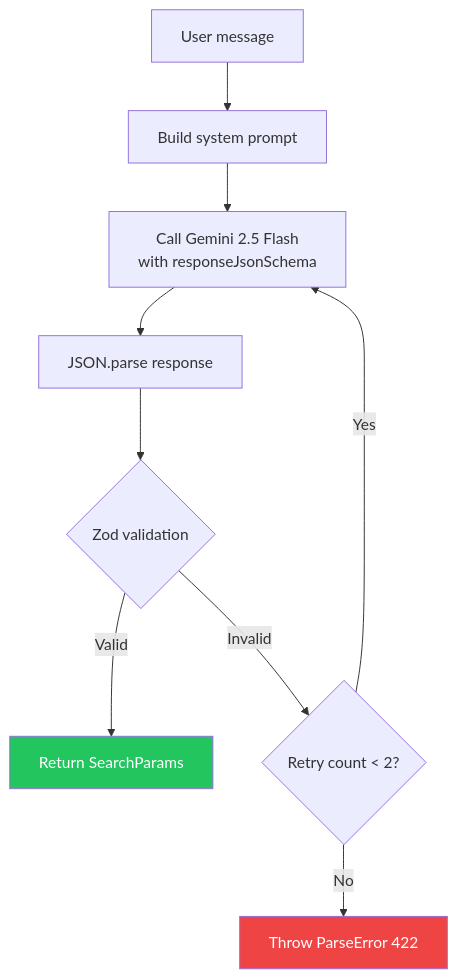
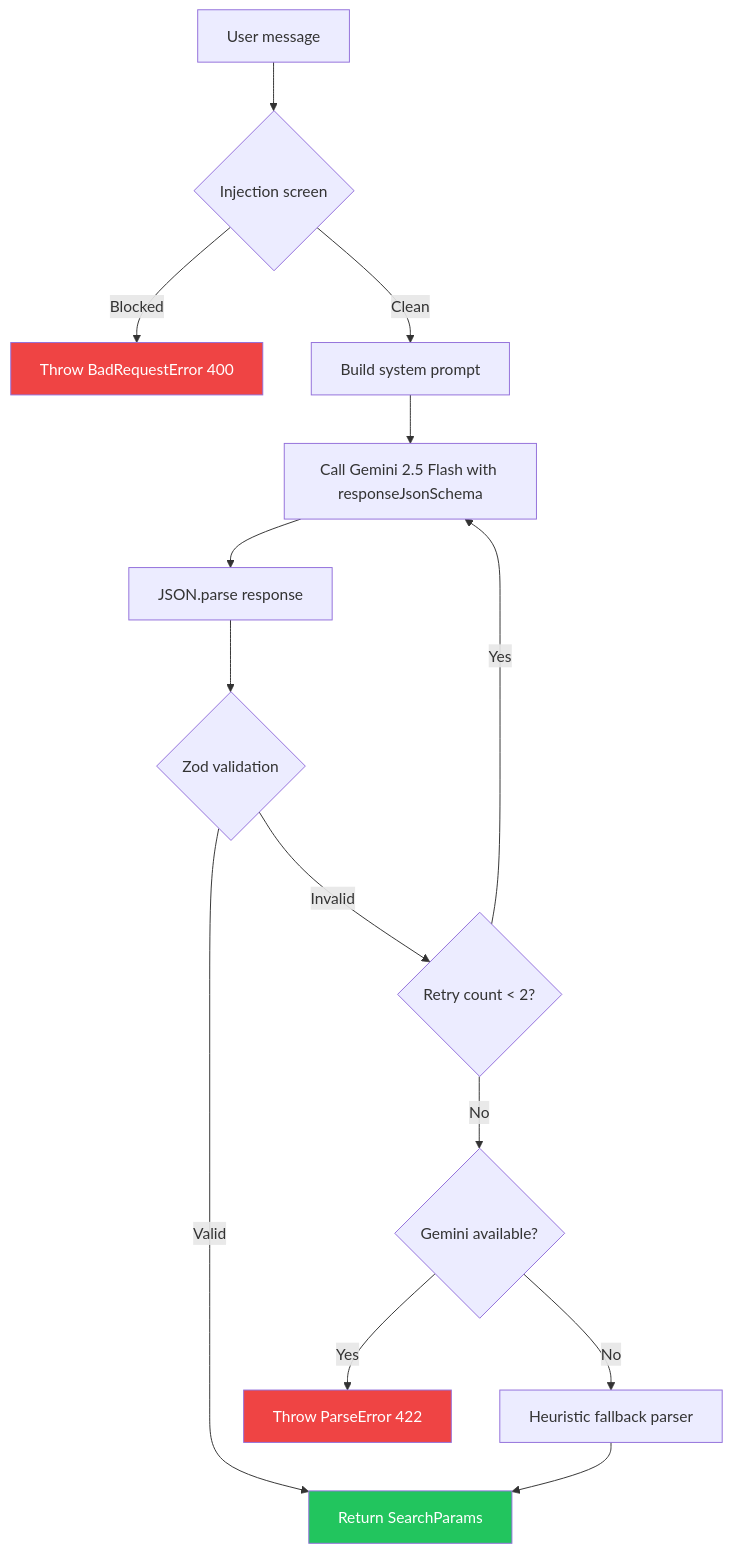
One commit to markaroone/restaurant-finder changed the second of 3 diagrams in _docs/README.md. Above: the diagram before and after it, drawn with Mermaid. The commit also changed other lines of this file and 1 other file, not shown here.

````diff
--- a/_docs/README.md
+++ b/_docs/README.md
@@ -140,14 +152,20 @@
 ```mermaid
 flowchart TD
-    A["User message"] --> B["Build system prompt"]
-    B --> C["Call Gemini 2.5 Flash<br/>with responseJsonSchema"]
+    A["User message"] --> INJ{Injection screen}
+    INJ -->|Blocked| ERR1["Throw BadRequestError 400"]
+    INJ -->|Clean| B["Build system prompt"]
+    B --> C["Call Gemini 2.5 Flash with responseJsonSchema"]
     C --> D["JSON.parse response"]
     D --> E{Zod validation}
     E -->|Valid| F["Return SearchParams"]
     E -->|Invalid| G{Retry count < 2?}
     G -->|Yes| C
-    G -->|No| H["Throw ParseError 422"]
+    G -->|No| H{Gemini available?}
+    H -->|No| HEU["Heuristic fallback parser"]
+    H -->|Yes| PERR["Throw ParseError 422"]
+    HEU --> F
 
     style F fill:#22c55e,color:#fff
-    style H fill:#ef4444,color:#fff
+    style ERR1 fill:#ef4444,color:#fff
+    style PERR fill:#ef4444,color:#fff
 ```
````
